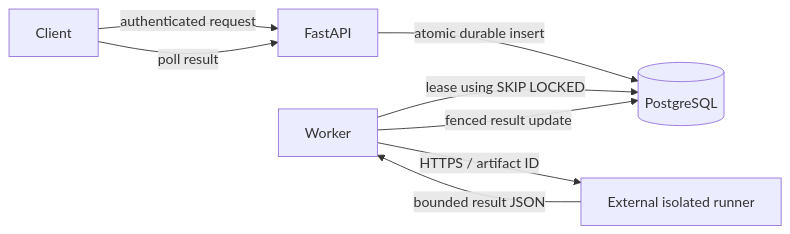
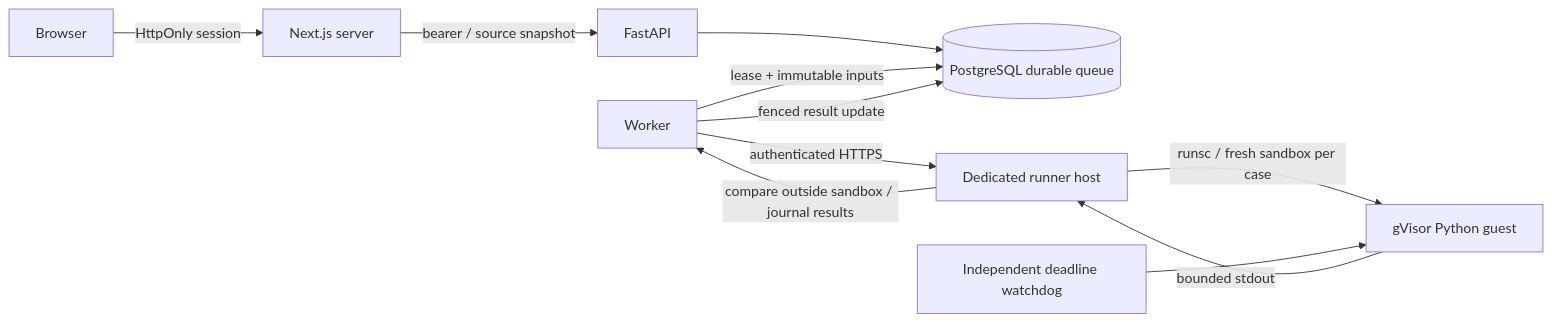
Before and after one commit to olayinkaojo/codejudge-ai: the diagram in README.md, drawn with Mermaid. The commit also changed other lines of this file and 57 other files, not shown here.

Commit message:
Add gVisor-gated Python evaluation and immutable source submissions

````diff
--- a/README.md
+++ b/README.md
@@ -93,10 +97,13 @@
 ```mermaid
 flowchart LR
-  Client -->|authenticated request| API[FastAPI]
-  API -->|atomic durable insert| DB[(PostgreSQL)]
-  Worker -->|lease using SKIP LOCKED| DB
-  Worker -->|HTTPS / artifact ID| Runner[External isolated runner]
-  Runner -->|bounded result JSON| Worker
+  Browser -->|HttpOnly session| Web[Next.js server]
+  Web -->|bearer / source snapshot| API[FastAPI]
+  API --> DB[(PostgreSQL durable queue)]
+  Worker -->|lease + immutable inputs| DB
+  Worker -->|authenticated HTTPS| Controller[Dedicated runner host]
+  Controller -->|runsc / fresh sandbox per case| Guest[gVisor Python guest]
+  Watchdog[Independent deadline watchdog] --> Guest
+  Guest -->|bounded stdout| Controller
+  Controller -->|compare outside sandbox / journal results| Worker
   Worker -->|fenced result update| DB
-  Client -->|poll result| API
 ```
````
